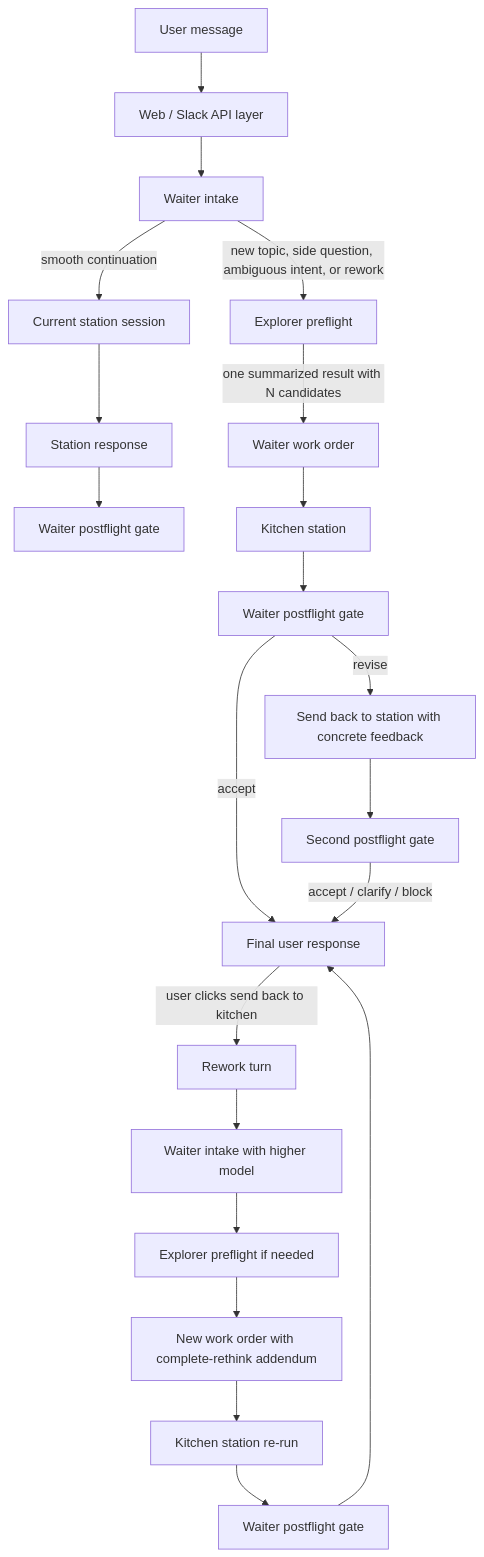
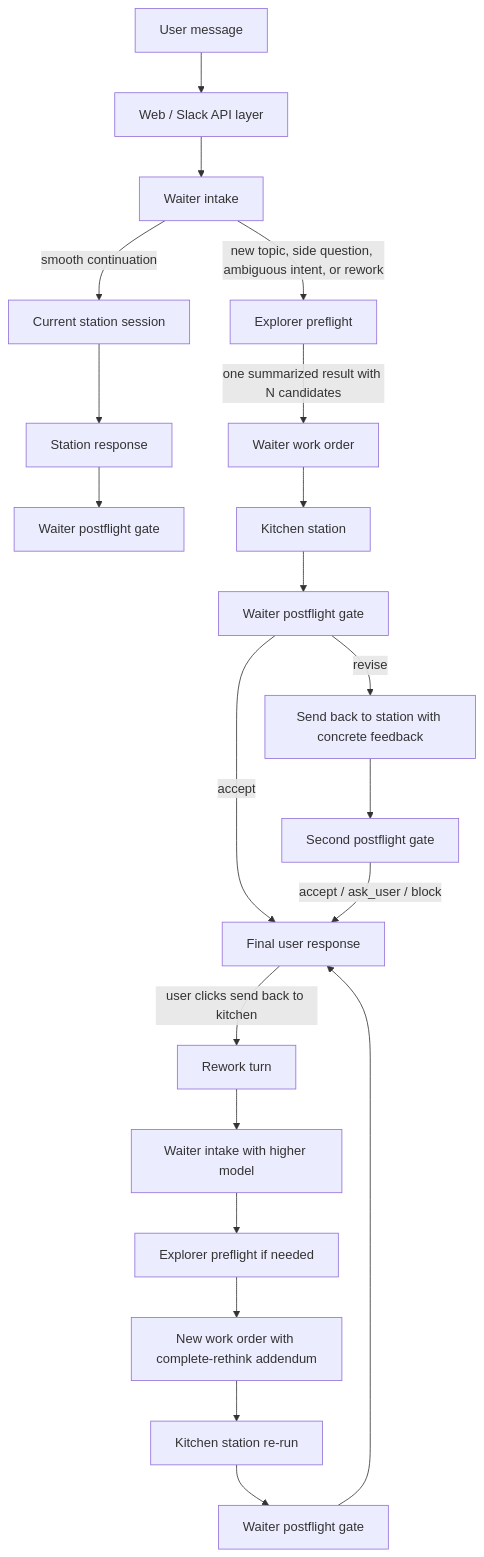
One commit to withastro/flue changed the first of 3 diagrams in examples/analytics/README.md. Above: the diagram before and after it, drawn with Mermaid. The commit also changed other lines of this file and 23 other files, not shown here.

````diff
--- a/examples/analytics/README.md
+++ b/examples/analytics/README.md
@@ -1,27 +1,27 @@
 ```mermaid
 flowchart TD
     U[User message] --> App[Web / Slack API layer]
     App --> W1[Waiter intake]
 
     W1 -->|smooth continuation| S0[Current station session]
     S0 --> R0[Station response]
     R0 --> PF0[Waiter postflight gate]
 
     W1 -->|new topic, side question, ambiguous intent, or rework| XP[Explorer preflight]
     XP -->|one summarized result with N candidates| W2[Waiter work order]
     W2 --> S1[Kitchen station]
     S1 --> PF1[Waiter postflight gate]
 
     PF1 -->|accept| Final[Final user response]
     PF1 -->|revise| S2[Send back to station with concrete feedback]
     S2 --> PF2[Second postflight gate]
-    PF2 -->|accept / clarify / block| Final
+    PF2 -->|accept / ask_user / block| Final
 
     Final -->|user clicks send back to kitchen| Rework[Rework turn]
     Rework --> W3[Waiter intake with higher model]
     W3 --> XP2[Explorer preflight if needed]
     XP2 --> W4[New work order with complete-rethink addendum]
     W4 --> S3[Kitchen station re-run]
     S3 --> PF3[Waiter postflight gate]
     PF3 --> Final
 ```
````
